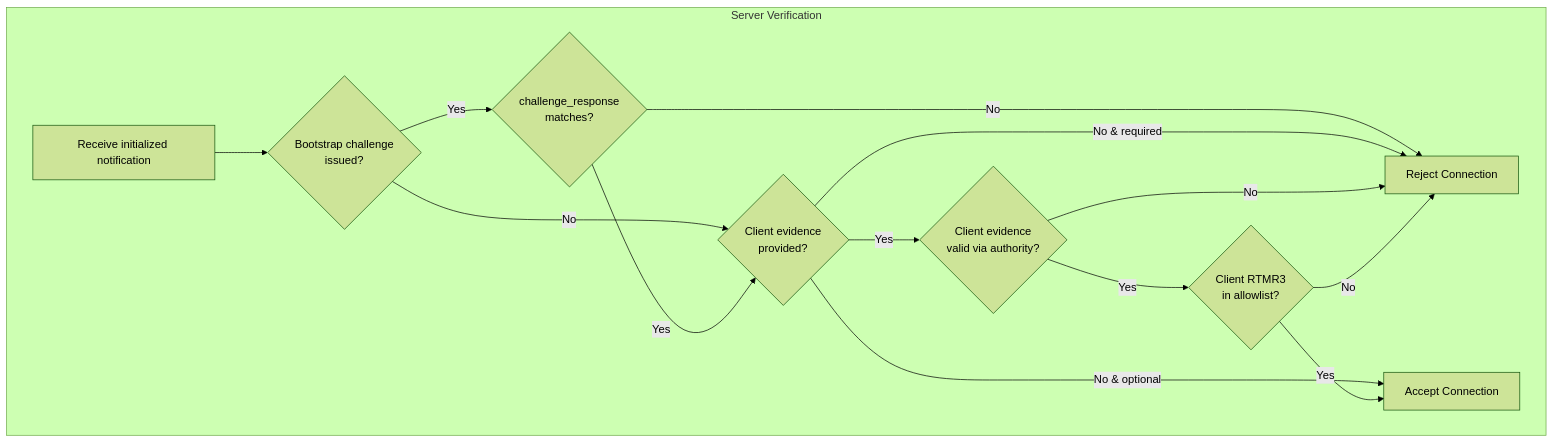
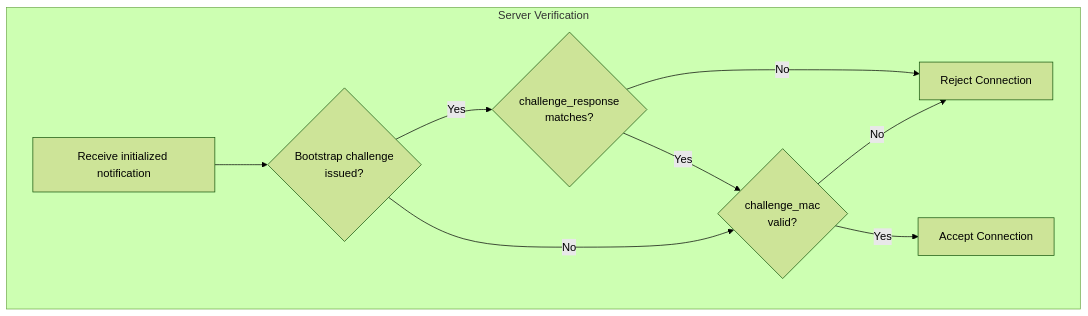
Before and after one commit to jc-su/python-sdk: the ninth of 11 diagrams in docs/TEE_MCP_PROTOCOL.md, drawn with Mermaid (forest theme). The commit also changed other lines of this file and 51 other files, not shown here.

````diff
--- a/docs/TEE_MCP_PROTOCOL.md
+++ b/docs/TEE_MCP_PROTOCOL.md
@@ -777,26 +736,19 @@
 ```mermaid
 flowchart TB
     subgraph "Server Verification"
         S1[Receive initialized notification]
         S2{Bootstrap challenge<br/>issued?}
         S3{challenge_response<br/>matches?}
-        S4{Client evidence<br/>provided?}
-        S5{Client evidence<br/>valid via authority?}
-        S6{Client RTMR3<br/>in allowlist?}
-        S7[Accept Connection]
-        S8[Reject Connection]
+        S4{challenge_mac<br/>valid?}
+        S5[Accept Connection]
+        S6[Reject Connection]
     end
 
     S1 --> S2
     S2 -->|Yes| S3
     S2 -->|No| S4
-    S3 -->|No| S8
+    S3 -->|No| S6
     S3 -->|Yes| S4
-    S4 -->|No & required| S8
-    S4 -->|No & optional| S7
+    S4 -->|No| S6
     S4 -->|Yes| S5
-    S5 -->|No| S8
-    S5 -->|Yes| S6
-    S6 -->|No| S8
-    S6 -->|Yes| S7
 ```
````
